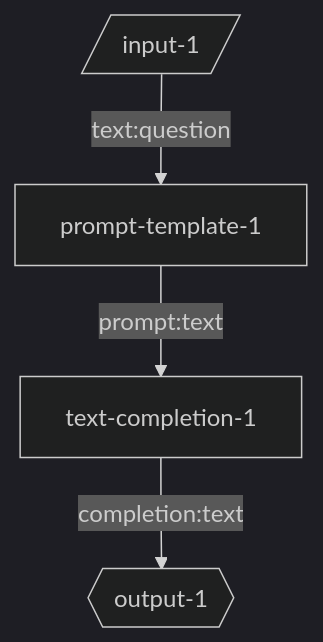
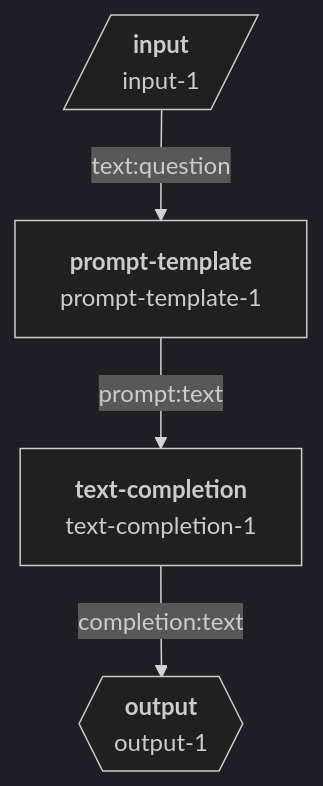
One commit to breadboard-ai/breadboard changed the diagram in seeds/graph-playground/docs/graphs/simple-prompt.md. Above: the diagram before and after it, drawn with Mermaid (dark theme). The commit also changed 11 other files, not shown here.

Commit message:
[graph-playground] Show node types.

````diff
--- a/seeds/graph-playground/docs/graphs/simple-prompt.md
+++ b/seeds/graph-playground/docs/graphs/simple-prompt.md
@@ -4,6 +4,12 @@
 ```mermaid
 graph TD;
-input-1[/input-1/] -- text:question --> prompt-template-1
-prompt-template-1 -- prompt:text --> text-completion-1
-text-completion-1 -- completion:text --> output-1{{output-1}}
+input-1[/"`**input**
+input-1`"/]:::input -- text:question --> prompt-template-1["`**prompt-template**
+prompt-template-1`"]
+prompt-template-1["`**prompt-template**
+prompt-template-1`"] -- prompt:text --> text-completion-1["`**text-completion**
+text-completion-1`"]
+text-completion-1["`**text-completion**
+text-completion-1`"] -- completion:text --> output-1{{"`**output**
+output-1`"}}:::output
 ```
````
